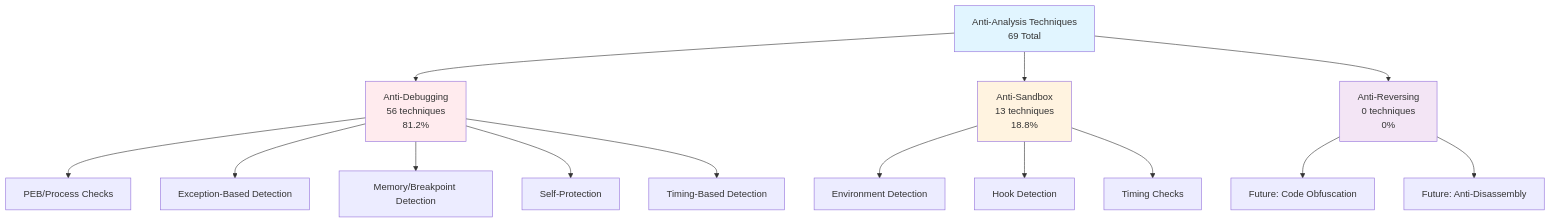
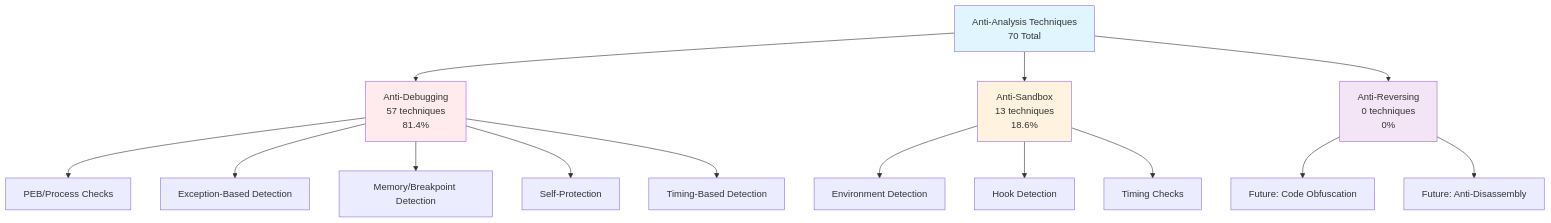
The first of 8 diagrams in docs/diagrams/taxonomy.md (mabj/anti), drawn with Mermaid before and after one commit. The commit also changed other lines of this file and 7 other files, not shown here.

Commit message:
Adding new Anti-debugging technique AD057

````diff
--- a/docs/diagrams/taxonomy.md
+++ b/docs/diagrams/taxonomy.md
@@ -7,24 +7,24 @@
 ```mermaid
 graph TB
-    A[Anti-Analysis Techniques<br/>69 Total] --> B[Anti-Debugging<br/>56 techniques<br/>81.2%]
-    A --> C[Anti-Sandbox<br/>13 techniques<br/>18.8%]
+    A[Anti-Analysis Techniques<br/>70 Total] --> B[Anti-Debugging<br/>57 techniques<br/>81.4%]
+    A --> C[Anti-Sandbox<br/>13 techniques<br/>18.6%]
     A --> D[Anti-Reversing<br/>0 techniques<br/>0%]
 
     B --> B1[PEB/Process Checks]
     B --> B2[Exception-Based Detection]
     B --> B3[Memory/Breakpoint Detection]
     B --> B4[Self-Protection]
     B --> B5[Timing-Based Detection]
 
     C --> C1[Environment Detection]
     C --> C2[Hook Detection]
     C --> C3[Timing Checks]
 
     D --> D1[Future: Code Obfuscation]
     D --> D2[Future: Anti-Disassembly]
 
     style A fill:#e1f5ff
     style B fill:#ffebee
     style C fill:#fff3e0
     style D fill:#f3e5f5
 ```
````
